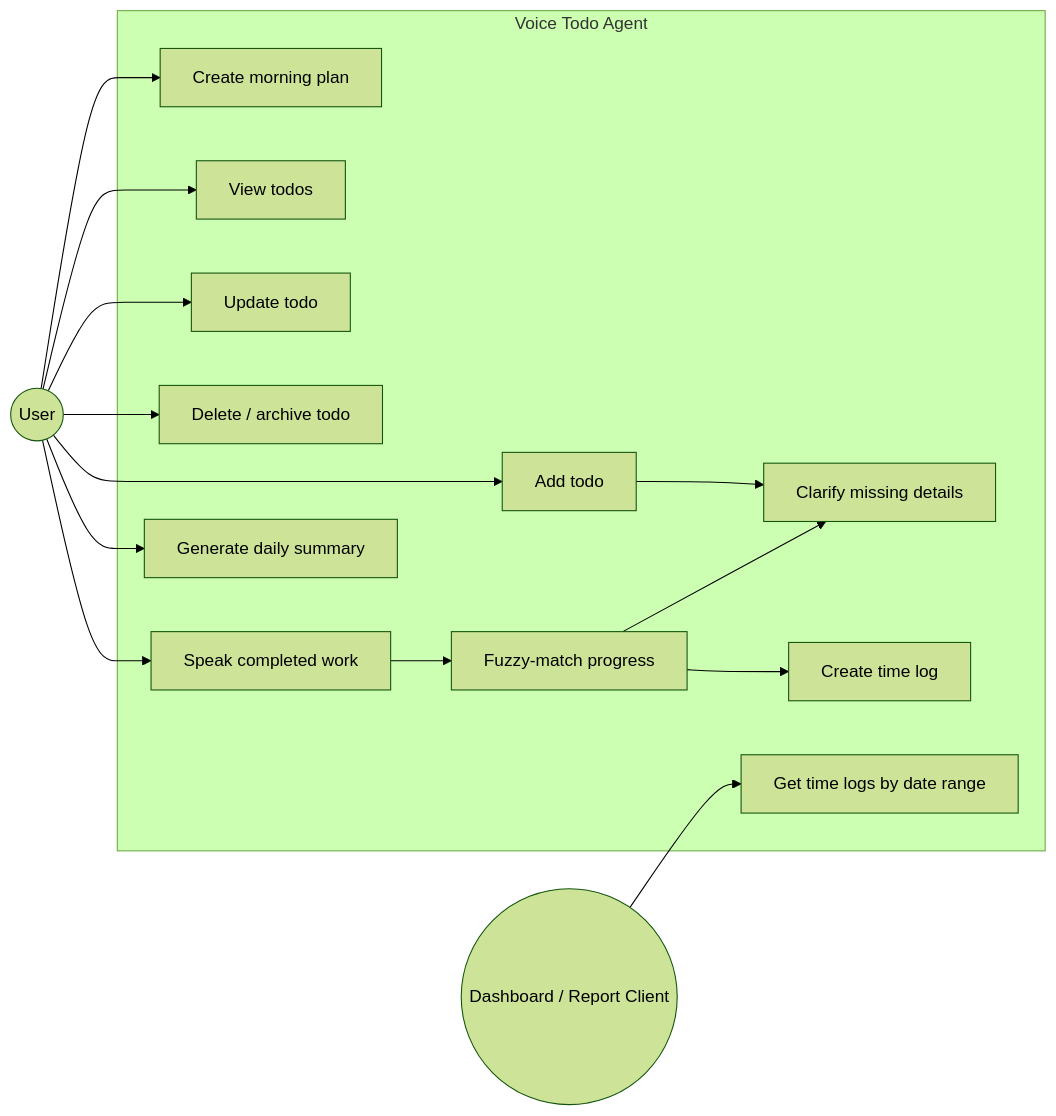
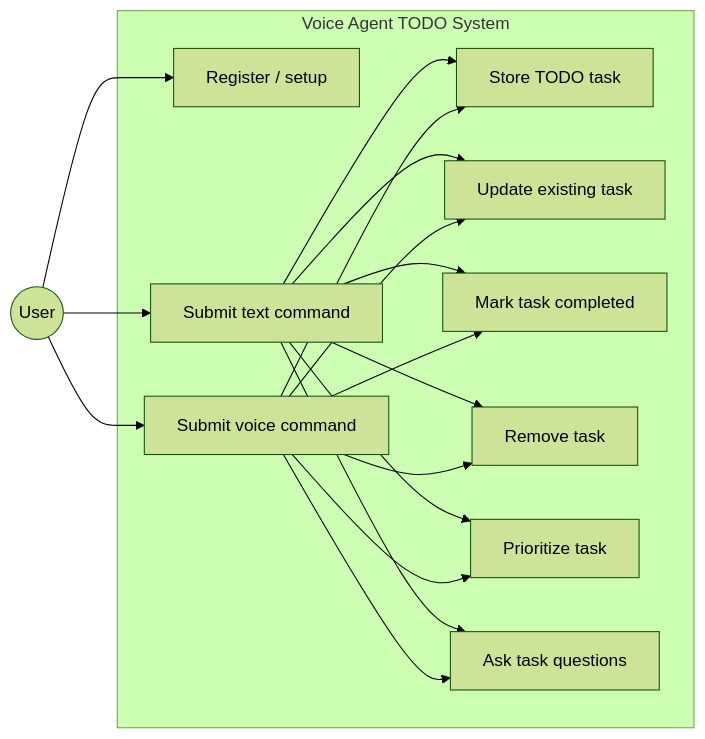
One commit to nishathmnha/langgraph-voice-agent changed the diagram in diagrams/03_use_case.mmd. Above: the diagram before and after it, drawn with Mermaid (forest theme). The commit also changed other lines of this file and 58 other files, not shown here.

```diff
--- a/diagrams/03_use_case.mmd
+++ b/diagrams/03_use_case.mmd
@@ -1,30 +1,30 @@
 flowchart LR
     User((User))
-    ReportClient((Dashboard / Report Client))
 
-    subgraph System["Voice Todo Agent"]
-        UC1["Create morning plan"]
-        UC2["Add todo"]
-        UC3["View todos"]
-        UC4["Update todo"]
-        UC5["Delete / archive todo"]
-        UC6["Speak completed work"]
-        UC7["Clarify missing details"]
-        UC8["Fuzzy-match progress"]
-        UC9["Create time log"]
-        UC10["Get time logs by date range"]
-        UC11["Generate daily summary"]
+    subgraph System["Voice Agent TODO System"]
+        Register["Register / setup"]
+        Text["Submit text command"]
+        Voice["Submit voice command"]
+        Add["Store TODO task"]
+        Update["Update existing task"]
+        Complete["Mark task completed"]
+        Delete["Remove task"]
+        Priority["Prioritize task"]
+        Query["Ask task questions"]
     end
 
-    User --> UC1
-    User --> UC2
-    User --> UC3
-    User --> UC4
-    User --> UC5
-    User --> UC6
-    UC2 --> UC7
-    UC6 --> UC8
-    UC8 --> UC7
-    UC8 --> UC9
-    ReportClient --> UC10
-    User --> UC11
+    User --> Register
+    User --> Text
+    User --> Voice
+    Text --> Add
+    Text --> Update
+    Text --> Complete
+    Text --> Delete
+    Text --> Priority
+    Text --> Query
+    Voice --> Add
+    Voice --> Update
+    Voice --> Complete
+    Voice --> Delete
+    Voice --> Priority
+    Voice --> Query
```
